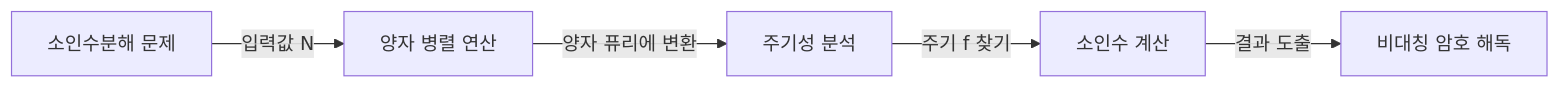
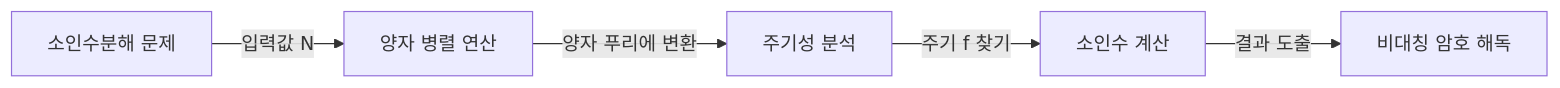
One commit to gracefullight/gracefullight.github.io changed the diagram in blog/pe/algo/shor-algorithm.md. Above: the diagram before and after it, drawn with Mermaid. The commit also changed other lines of this file and 42 other files, not shown here.

````diff
--- a/blog/pe/algo/shor-algorithm.md
+++ b/blog/pe/algo/shor-algorithm.md
@@ -19,8 +19,8 @@
 ```mermaid
 graph LR
   A[소인수분해 문제]
   A -->|입력값 N| B[양자 병렬 연산]
-  B -->|양자 퓨리에 변환| C[주기성 분석]
+  B -->|양자 푸리에 변환| C[주기성 분석]
   C -->|주기 f 찾기| D[소인수 계산]
   D -->|결과 도출| E[비대칭 암호 해독]
 ```
````
